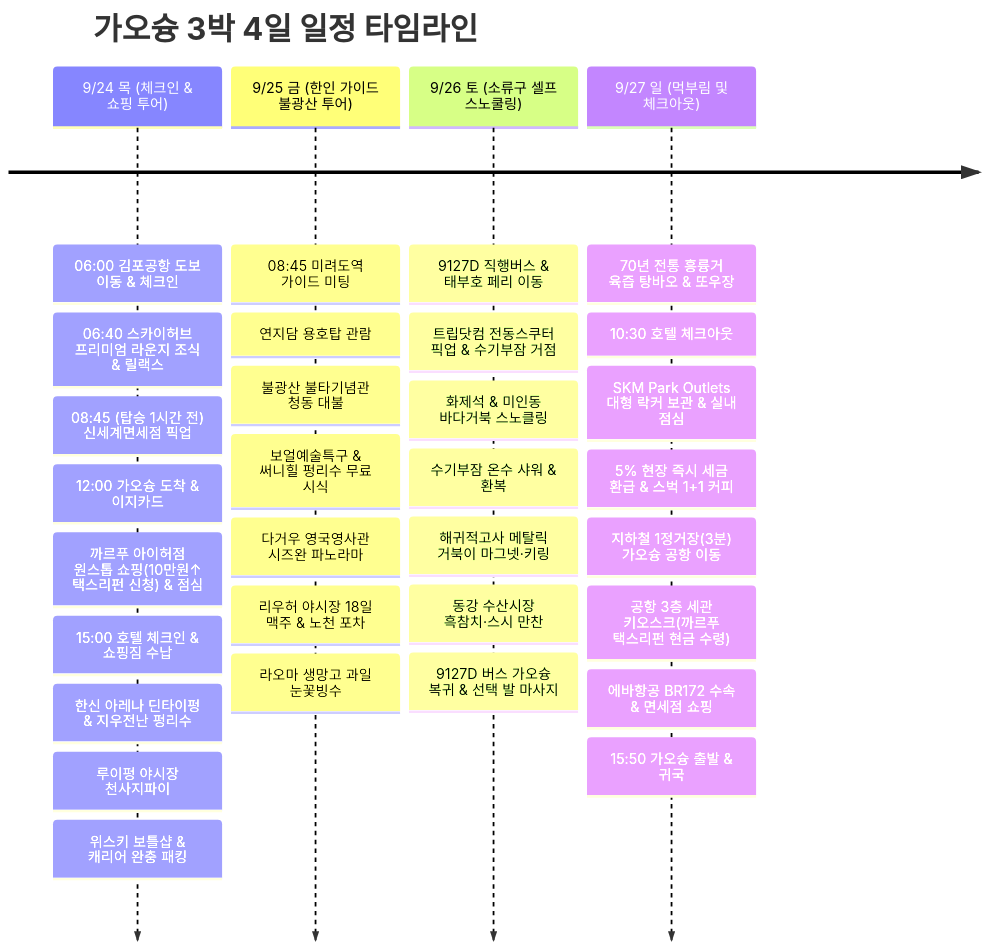
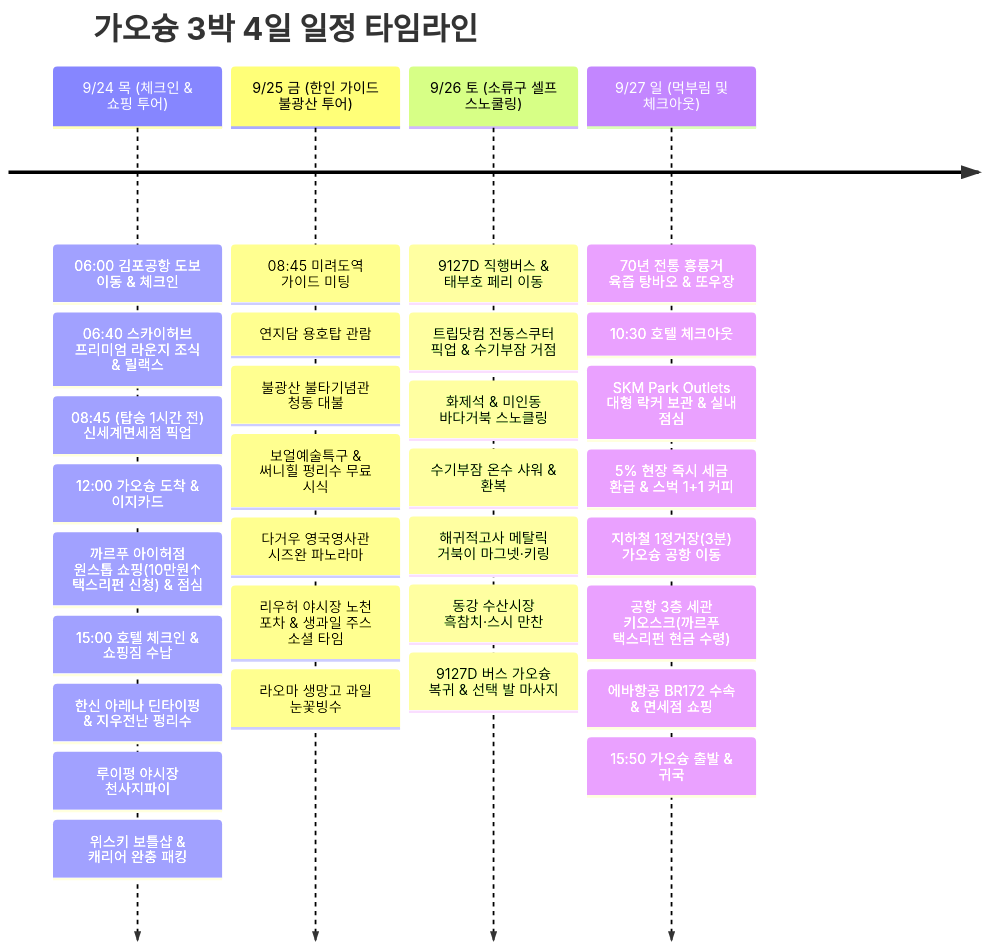
One commit to gongdongho12/commit-map changed the diagram in src/content/posts/2026-09-24-kaohsiung-xiaoliuqiu.md. Above: the diagram before and after it, drawn with Mermaid. The commit also changed other lines of this file, not shown here.

````diff
--- a/src/content/posts/2026-09-24-kaohsiung-xiaoliuqiu.md
+++ b/src/content/posts/2026-09-24-kaohsiung-xiaoliuqiu.md
@@ -379,35 +379,35 @@
 ```mermaid
 timeline
   title 가오슝 3박 4일 일정 타임라인
   9/24 목 (체크인 & 쇼핑 투어) : 06:00 김포공항 도보 이동 & 체크인
                        : 06:40 스카이허브 프리미엄 라운지 조식 & 릴랙스
                        : 08:45 (탑승 1시간 전) 신세계면세점 픽업
                        : 12:00 가오슝 도착 & 이지카드
                        : 까르푸 아이허점 원스톱 쇼핑(10만원↑ 택스리펀 신청) & 점심
                        : 15:00 호텔 체크인 & 쇼핑짐 수납
                        : 한신 아레나 딘타이펑 & 지우전난 펑리수
                        : 루이펑 야시장 천사지파이
                        : 위스키 보틀샵 & 캐리어 완충 패킹
   9/25 금 (한인 가이드 불광산 투어) : 08:45 미려도역 가이드 미팅
                        : 연지담 용호탑 관람
                        : 불광산 불타기념관 청동 대불
                        : 보얼예술특구 & 써니힐 펑리수 무료 시식
                        : 다거우 영국영사관 시즈완 파노라마
-                       : 리우허 야시장 18일 맥주 & 노천 포차
+                       : 리우허 야시장 노천 포차 & 생과일 주스 소셜 타임
                        : 라오마 생망고 과일 눈꽃빙수
   9/26 토 (소류구 셀프 스노쿨링) : 9127D 직행버스 & 태부호 페리 이동
                        : 트립닷컴 전동스쿠터 픽업 & 수기부잠 거점
                        : 화제석 & 미인동 바다거북 스노클링
                        : 수기부잠 온수 샤워 & 환복
                        : 해귀적고사 메탈릭 거북이 마그넷·키링
                        : 동강 수산시장 흑참치·스시 만찬
                        : 9127D 버스 가오슝 복귀 & 선택 발 마사지
   9/27 일 (먹부림 및 체크아웃) : 70년 전통 흥륭거 육즙 탕바오 & 또우장
                        : 10:30 호텔 체크아웃
                        : SKM Park Outlets 대형 락커 보관 & 실내 점심
                        : 5% 현장 즉시 세금 환급 & 스벅 1+1 커피
                        : 지하철 1정거장(3분) 가오슝 공항 이동
                        : 공항 3층 세관 키오스크(까르푸 택스리펀 현금 수령)
                        : 에바항공 BR172 수속 & 면세점 쇼핑
                        : 15:50 가오슝 출발 & 귀국
 ```
````
